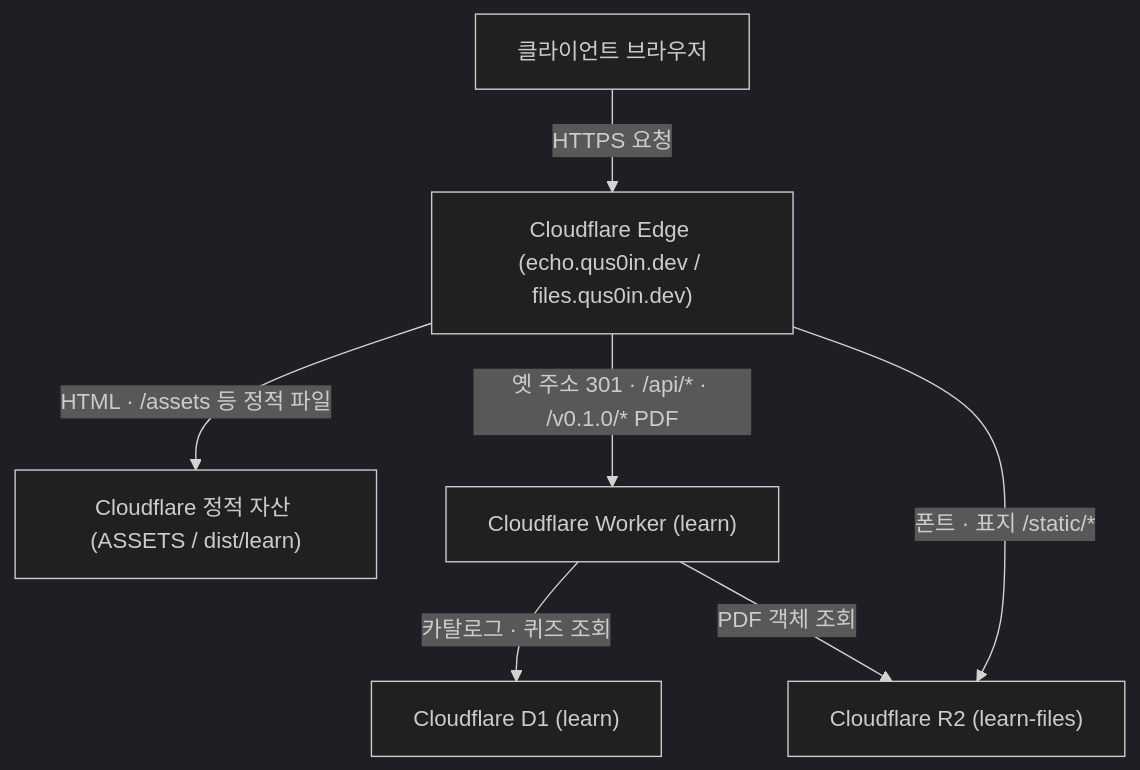
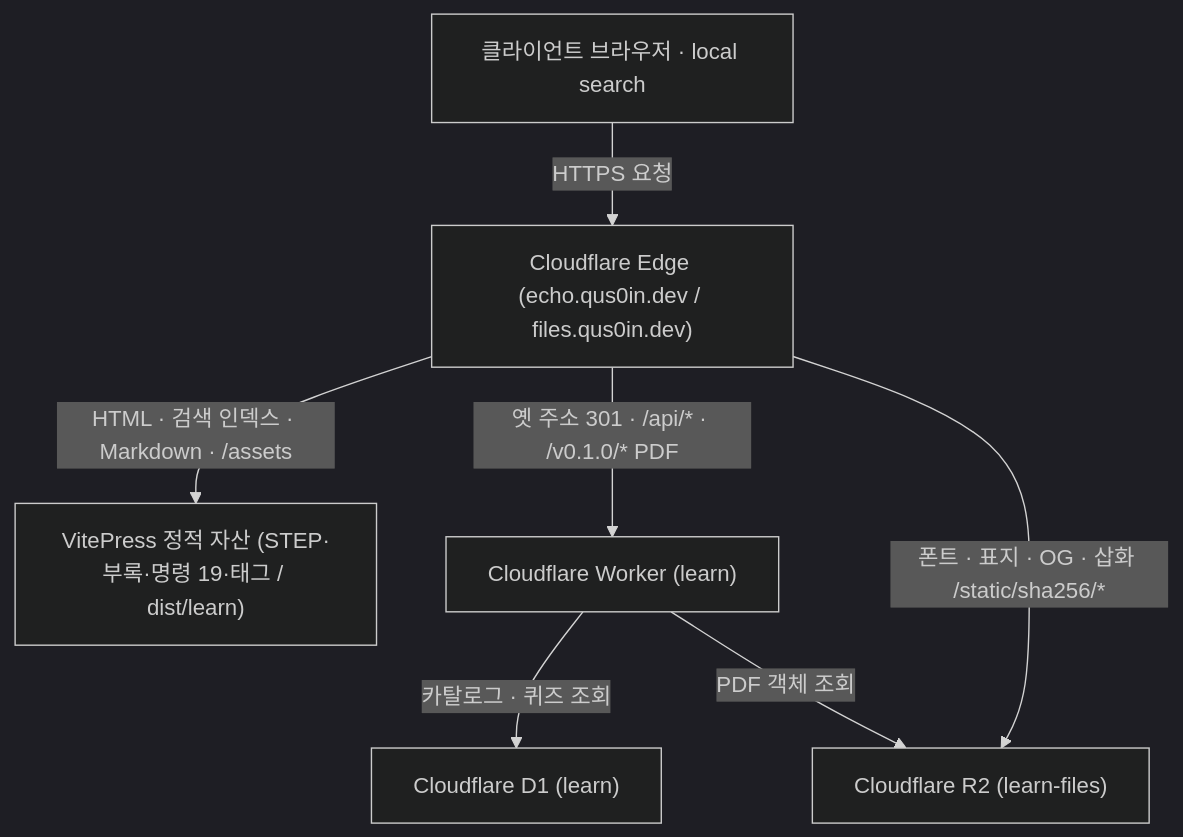
Before and after one commit to qus0in-factory/learn: the diagram in README.md, drawn with Mermaid (dark theme). The commit also changed 7 other files, not shown here.

````diff
--- a/README.md
+++ b/README.md
@@ -7,16 +7,16 @@
 ```mermaid
 flowchart TD
-    Client["클라이언트 브라우저"]
+    Client["클라이언트 브라우저 · local search"]
     CDN["Cloudflare Edge (echo.qus0in.dev / files.qus0in.dev)"]
-    Static["Cloudflare 정적 자산 (ASSETS / dist/learn)"]
+    Static["VitePress 정적 자산 (STEP·부록·명령 19·태그 / dist/learn)"]
     Worker["Cloudflare Worker (learn)"]
     D1["Cloudflare D1 (learn)"]
     R2["Cloudflare R2 (learn-files)"]
 
     Client -->|HTTPS 요청| CDN
-    CDN -->|HTML · /assets 등 정적 파일| Static
+    CDN -->|HTML · 검색 인덱스 · Markdown · /assets| Static
     CDN -->|옛 주소 301 · /api/* · /v0.1.0/* PDF| Worker
-    CDN -->|폰트 · 표지 /static/*| R2
+    CDN -->|폰트 · 표지 · OG · 삽화 /static/sha256/*| R2
     Worker -->|카탈로그 · 퀴즈 조회| D1
     Worker -->|PDF 객체 조회| R2
 ```
````
